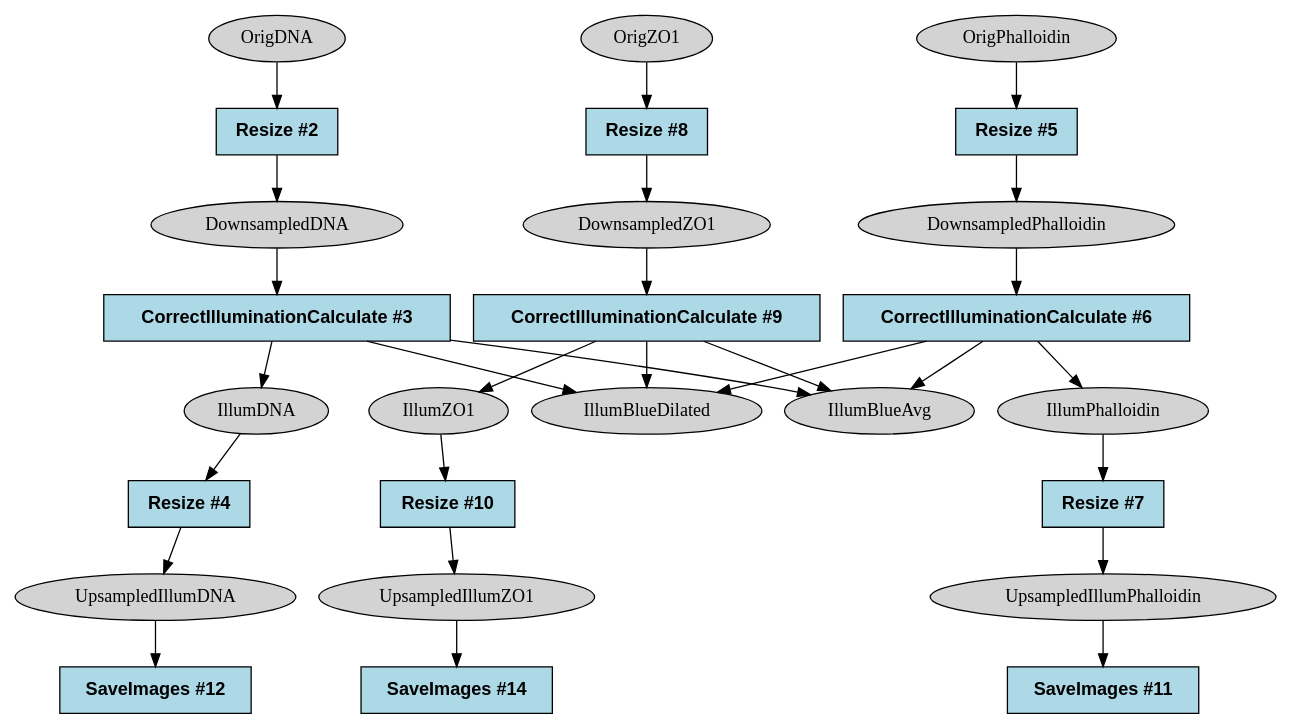
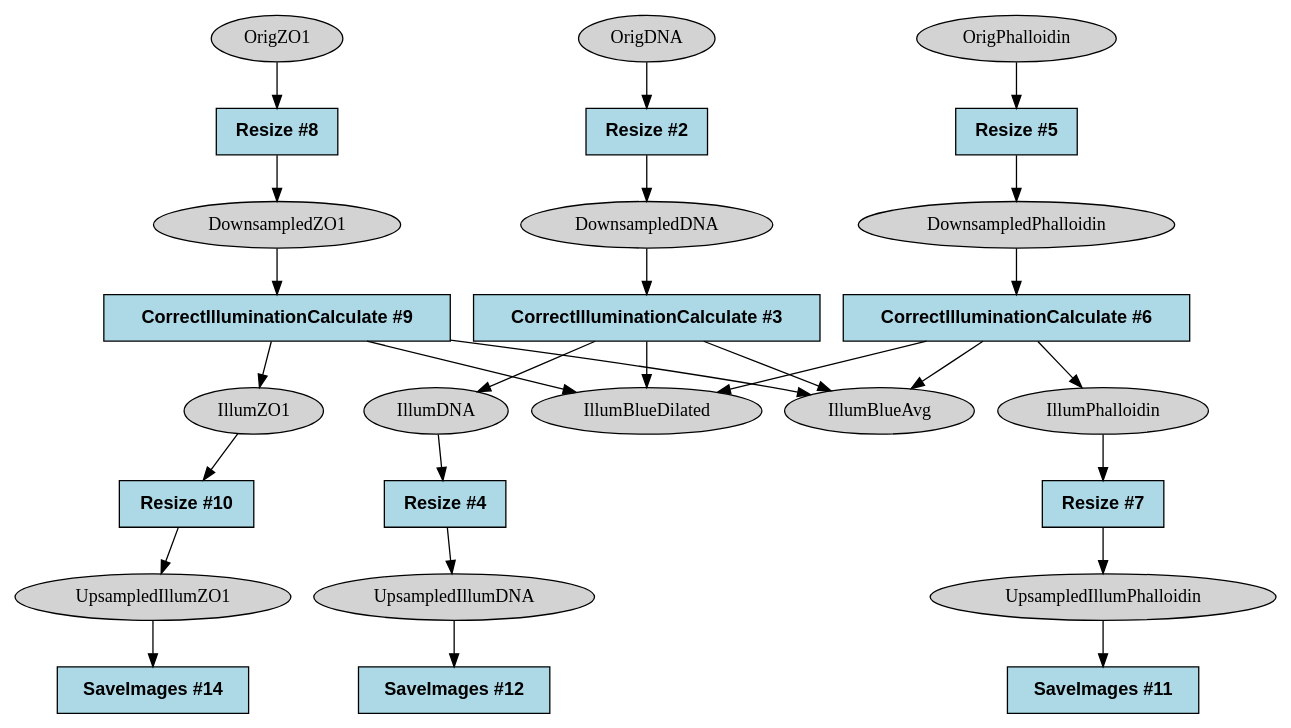
The diagram in docs/tester/assets/pcpip-pipelines/_ref_graph_format/dot/ref_1_CP_Illum.dot (broadinstitute/starrynight), drawn with Graphviz before and after one commit. The commit also changed 6 other files, not shown here.

```diff
--- a/docs/tester/assets/pcpip-pipelines/_ref_graph_format/dot/ref_1_CP_Illum.dot
+++ b/docs/tester/assets/pcpip-pipelines/_ref_graph_format/dot/ref_1_CP_Illum.dot
@@ -1,55 +1,55 @@
 strict digraph {
-CorrectIlluminationCalculate_88838d5b [type=module, label="CorrectIlluminationCalculate #6", module_name=CorrectIlluminationCalculate, module_num=6, original_num=6, stable_id="CorrectIlluminationCalculate_88838d5b", enabled=True, shape=box, style=filled, fillcolor=lightblue, fontname="Helvetica-Bold"];
-CorrectIlluminationCalculate_bb68bc41 [type=module, label="CorrectIlluminationCalculate #3", module_name=CorrectIlluminationCalculate, module_num=3, original_num=3, stable_id="CorrectIlluminationCalculate_bb68bc41", enabled=True, shape=box, style=filled, fillcolor=lightblue, fontname="Helvetica-Bold"];
-CorrectIlluminationCalculate_c8dcf122 [type=module, label="CorrectIlluminationCalculate #9", module_name=CorrectIlluminationCalculate, module_num=9, original_num=9, stable_id="CorrectIlluminationCalculate_c8dcf122", enabled=True, shape=box, style=filled, fillcolor=lightblue, fontname="Helvetica-Bold"];
-Resize_5967d69a [type=module, label="Resize #8", module_name=Resize, module_num=8, original_num=8, stable_id="Resize_5967d69a", enabled=True, shape=box, style=filled, fillcolor=lightblue, fontname="Helvetica-Bold"];
-Resize_63f60b8c [type=module, label="Resize #5", module_name=Resize, module_num=5, original_num=5, stable_id="Resize_63f60b8c", enabled=True, shape=box, style=filled, fillcolor=lightblue, fontname="Helvetica-Bold"];
-Resize_742079f1 [type=module, label="Resize #4", module_name=Resize, module_num=4, original_num=4, stable_id="Resize_742079f1", enabled=True, shape=box, style=filled, fillcolor=lightblue, fontname="Helvetica-Bold"];
-Resize_b51e1bdc [type=module, label="Resize #2", module_name=Resize, module_num=2, original_num=2, stable_id="Resize_b51e1bdc", enabled=True, shape=box, style=filled, fillcolor=lightblue, fontname="Helvetica-Bold"];
-Resize_fa523f68 [type=module, label="Resize #7", module_name=Resize, module_num=7, original_num=7, stable_id="Resize_fa523f68", enabled=True, shape=box, style=filled, fillcolor=lightblue, fontname="Helvetica-Bold"];
-Resize_ffe705f1 [type=module, label="Resize #10", module_name=Resize, module_num=10, original_num=10, stable_id="Resize_ffe705f1", enabled=True, shape=box, style=filled, fillcolor=lightblue, fontname="Helvetica-Bold"];
-SaveImages_3682dd98 [type=module, label="SaveImages #11", module_name=SaveImages, module_num=11, original_num=11, stable_id="SaveImages_3682dd98", enabled=True, shape=box, style=filled, fillcolor=lightblue, fontname="Helvetica-Bold"];
-SaveImages_69d416ce [type=module, label="SaveImages #14", module_name=SaveImages, module_num=14, original_num=14, stable_id="SaveImages_69d416ce", enabled=True, shape=box, style=filled, fillcolor=lightblue, fontname="Helvetica-Bold"];
-SaveImages_b2111a8 [type=module, label="SaveImages #12", module_name=SaveImages, module_num=12, original_num=12, stable_id="SaveImages_b2111a8", enabled=True, shape=box, style=filled, fillcolor=lightblue, fontname="Helvetica-Bold"];
+CorrectIlluminationCalculate_3f8ff12 [type=module, label="CorrectIlluminationCalculate #6", module_name=CorrectIlluminationCalculate, module_num=6, original_num=6, stable_id="CorrectIlluminationCalculate_3f8ff12", enabled=True, shape=box, style=filled, fillcolor=lightblue, fontname="Helvetica-Bold"];
+CorrectIlluminationCalculate_b63d4ee6 [type=module, label="CorrectIlluminationCalculate #9", module_name=CorrectIlluminationCalculate, module_num=9, original_num=9, stable_id="CorrectIlluminationCalculate_b63d4ee6", enabled=True, shape=box, style=filled, fillcolor=lightblue, fontname="Helvetica-Bold"];
+CorrectIlluminationCalculate_be04e451 [type=module, label="CorrectIlluminationCalculate #3", module_name=CorrectIlluminationCalculate, module_num=3, original_num=3, stable_id="CorrectIlluminationCalculate_be04e451", enabled=True, shape=box, style=filled, fillcolor=lightblue, fontname="Helvetica-Bold"];
+Resize_6120a20 [type=module, label="Resize #2", module_name=Resize, module_num=2, original_num=2, stable_id="Resize_6120a20", enabled=True, shape=box, style=filled, fillcolor=lightblue, fontname="Helvetica-Bold"];
+Resize_629bdeb2 [type=module, label="Resize #10", module_name=Resize, module_num=10, original_num=10, stable_id="Resize_629bdeb2", enabled=True, shape=box, style=filled, fillcolor=lightblue, fontname="Helvetica-Bold"];
+Resize_67878a3b [type=module, label="Resize #7", module_name=Resize, module_num=7, original_num=7, stable_id="Resize_67878a3b", enabled=True, shape=box, style=filled, fillcolor=lightblue, fontname="Helvetica-Bold"];
+Resize_ab216d96 [type=module, label="Resize #4", module_name=Resize, module_num=4, original_num=4, stable_id="Resize_ab216d96", enabled=True, shape=box, style=filled, fillcolor=lightblue, fontname="Helvetica-Bold"];
+Resize_ad6091bc [type=module, label="Resize #8", module_name=Resize, module_num=8, original_num=8, stable_id="Resize_ad6091bc", enabled=True, shape=box, style=filled, fillcolor=lightblue, fontname="Helvetica-Bold"];
+Resize_efc97b16 [type=module, label="Resize #5", module_name=Resize, module_num=5, original_num=5, stable_id="Resize_efc97b16", enabled=True, shape=box, style=filled, fillcolor=lightblue, fontname="Helvetica-Bold"];
+SaveImages_45bdd45a [type=module, label="SaveImages #14", module_name=SaveImages, module_num=14, original_num=14, stable_id="SaveImages_45bdd45a", enabled=True, shape=box, style=filled, fillcolor=lightblue, fontname="Helvetica-Bold"];
+SaveImages_5d8675bf [type=module, label="SaveImages #12", module_name=SaveImages, module_num=12, original_num=12, stable_id="SaveImages_5d8675bf", enabled=True, shape=box, style=filled, fillcolor=lightblue, fontname="Helvetica-Bold"];
+SaveImages_94682e7b [type=module, label="SaveImages #11", module_name=SaveImages, module_num=11, original_num=11, stable_id="SaveImages_94682e7b", enabled=True, shape=box, style=filled, fillcolor=lightblue, fontname="Helvetica-Bold"];
 image__DownsampledDNA [type=image, label=DownsampledDNA, shape=ellipse, style=filled, fillcolor=lightgray];
 image__DownsampledPhalloidin [type=image, label=DownsampledPhalloidin, shape=ellipse, style=filled, fillcolor=lightgray];
 image__DownsampledZO1 [type=image, label=DownsampledZO1, shape=ellipse, style=filled, fillcolor=lightgray];
 image__IllumBlueAvg [type=image, label=IllumBlueAvg, shape=ellipse, style=filled, fillcolor=lightgray];
 image__IllumBlueDilated [type=image, label=IllumBlueDilated, shape=ellipse, style=filled, fillcolor=lightgray];
 image__IllumDNA [type=image, label=IllumDNA, shape=ellipse, style=filled, fillcolor=lightgray];
 image__IllumPhalloidin [type=image, label=IllumPhalloidin, shape=ellipse, style=filled, fillcolor=lightgray];
 image__IllumZO1 [type=image, label=IllumZO1, shape=ellipse, style=filled, fillcolor=lightgray];
 image__OrigDNA [type=image, label=OrigDNA, shape=ellipse, style=filled, fillcolor=lightgray];
 image__OrigPhalloidin [type=image, label=OrigPhalloidin, shape=ellipse, style=filled, fillcolor=lightgray];
 image__OrigZO1 [type=image, label=OrigZO1, shape=ellipse, style=filled, fillcolor=lightgray];
 image__UpsampledIllumDNA [type=image, label=UpsampledIllumDNA, shape=ellipse, style=filled, fillcolor=lightgray];
 image__UpsampledIllumPhalloidin [type=image, label=UpsampledIllumPhalloidin, shape=ellipse, style=filled, fillcolor=lightgray];
 image__UpsampledIllumZO1 [type=image, label=UpsampledIllumZO1, shape=ellipse, style=filled, fillcolor=lightgray];
-CorrectIlluminationCalculate_88838d5b -> image__IllumBlueAvg [type="image_output"];
-CorrectIlluminationCalculate_88838d5b -> image__IllumBlueDilated [type="image_output"];
-CorrectIlluminationCalculate_88838d5b -> image__IllumPhalloidin [type="image_output"];
-CorrectIlluminationCalculate_bb68bc41 -> image__IllumBlueAvg [type="image_output"];
-CorrectIlluminationCalculate_bb68bc41 -> image__IllumBlueDilated [type="image_output"];
-CorrectIlluminationCalculate_bb68bc41 -> image__IllumDNA [type="image_output"];
-CorrectIlluminationCalculate_c8dcf122 -> image__IllumBlueAvg [type="image_output"];
-CorrectIlluminationCalculate_c8dcf122 -> image__IllumBlueDilated [type="image_output"];
-CorrectIlluminationCalculate_c8dcf122 -> image__IllumZO1 [type="image_output"];
-Resize_5967d69a -> image__DownsampledZO1 [type="image_output"];
-Resize_63f60b8c -> image__DownsampledPhalloidin [type="image_output"];
-Resize_742079f1 -> image__UpsampledIllumDNA [type="image_output"];
-Resize_b51e1bdc -> image__DownsampledDNA [type="image_output"];
-Resize_fa523f68 -> image__UpsampledIllumPhalloidin [type="image_output"];
-Resize_ffe705f1 -> image__UpsampledIllumZO1 [type="image_output"];
-image__DownsampledDNA -> CorrectIlluminationCalculate_bb68bc41 [type="image_input"];
-image__DownsampledPhalloidin -> CorrectIlluminationCalculate_88838d5b [type="image_input"];
-image__DownsampledZO1 -> CorrectIlluminationCalculate_c8dcf122 [type="image_input"];
-image__IllumDNA -> Resize_742079f1 [type="image_input"];
-image__IllumPhalloidin -> Resize_fa523f68 [type="image_input"];
-image__IllumZO1 -> Resize_ffe705f1 [type="image_input"];
-image__OrigDNA -> Resize_b51e1bdc [type="image_input"];
-image__OrigPhalloidin -> Resize_63f60b8c [type="image_input"];
-image__OrigZO1 -> Resize_5967d69a [type="image_input"];
-image__UpsampledIllumDNA -> SaveImages_b2111a8 [type="image_input"];
-image__UpsampledIllumPhalloidin -> SaveImages_3682dd98 [type="image_input"];
-image__UpsampledIllumZO1 -> SaveImages_69d416ce [type="image_input"];
+CorrectIlluminationCalculate_3f8ff12 -> image__IllumBlueAvg [type="image_output"];
+CorrectIlluminationCalculate_3f8ff12 -> image__IllumBlueDilated [type="image_output"];
+CorrectIlluminationCalculate_3f8ff12 -> image__IllumPhalloidin [type="image_output"];
+CorrectIlluminationCalculate_b63d4ee6 -> image__IllumBlueAvg [type="image_output"];
+CorrectIlluminationCalculate_b63d4ee6 -> image__IllumBlueDilated [type="image_output"];
+CorrectIlluminationCalculate_b63d4ee6 -> image__IllumZO1 [type="image_output"];
+CorrectIlluminationCalculate_be04e451 -> image__IllumBlueAvg [type="image_output"];
+CorrectIlluminationCalculate_be04e451 -> image__IllumBlueDilated [type="image_output"];
+CorrectIlluminationCalculate_be04e451 -> image__IllumDNA [type="image_output"];
+Resize_6120a20 -> image__DownsampledDNA [type="image_output"];
+Resize_629bdeb2 -> image__UpsampledIllumZO1 [type="image_output"];
+Resize_67878a3b -> image__UpsampledIllumPhalloidin [type="image_output"];
+Resize_ab216d96 -> image__UpsampledIllumDNA [type="image_output"];
+Resize_ad6091bc -> image__DownsampledZO1 [type="image_output"];
+Resize_efc97b16 -> image__DownsampledPhalloidin [type="image_output"];
+image__DownsampledDNA -> CorrectIlluminationCalculate_be04e451 [type="image_input"];
+image__DownsampledPhalloidin -> CorrectIlluminationCalculate_3f8ff12 [type="image_input"];
+image__DownsampledZO1 -> CorrectIlluminationCalculate_b63d4ee6 [type="image_input"];
+image__IllumDNA -> Resize_ab216d96 [type="image_input"];
+image__IllumPhalloidin -> Resize_67878a3b [type="image_input"];
+image__IllumZO1 -> Resize_629bdeb2 [type="image_input"];
+image__OrigDNA -> Resize_6120a20 [type="image_input"];
+image__OrigPhalloidin -> Resize_efc97b16 [type="image_input"];
+image__OrigZO1 -> Resize_ad6091bc [type="image_input"];
+image__UpsampledIllumDNA -> SaveImages_5d8675bf [type="image_input"];
+image__UpsampledIllumPhalloidin -> SaveImages_94682e7b [type="image_input"];
+image__UpsampledIllumZO1 -> SaveImages_45bdd45a [type="image_input"];
 }
```
